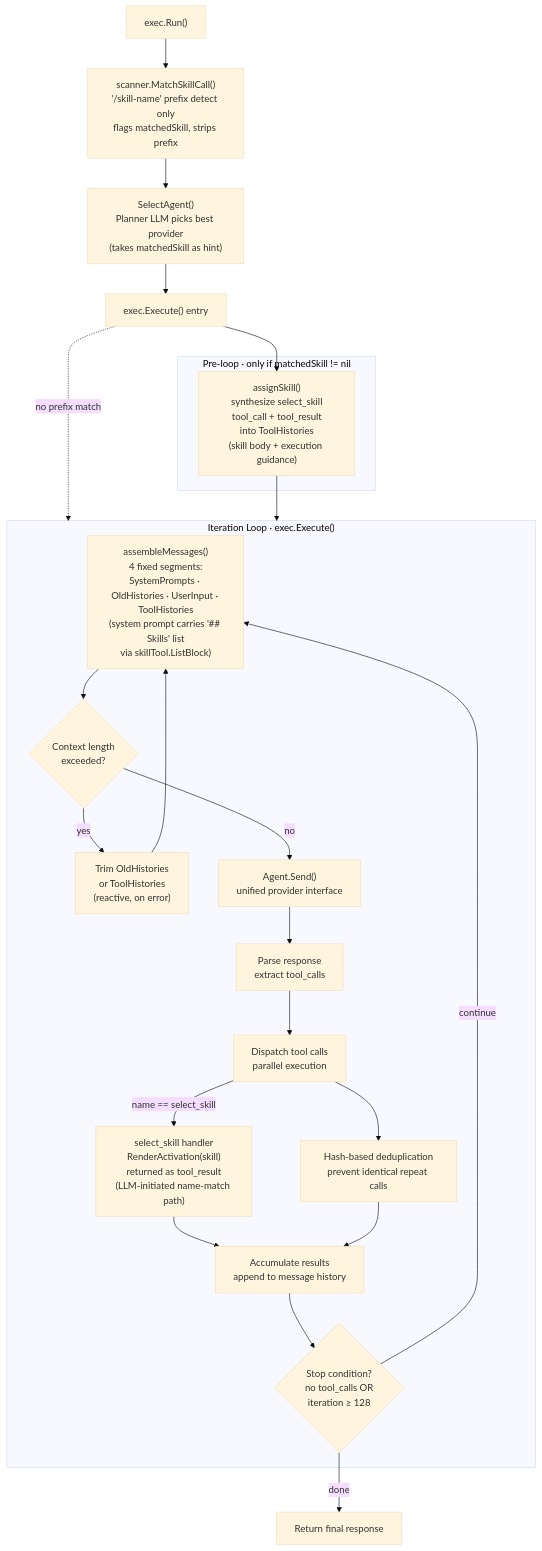
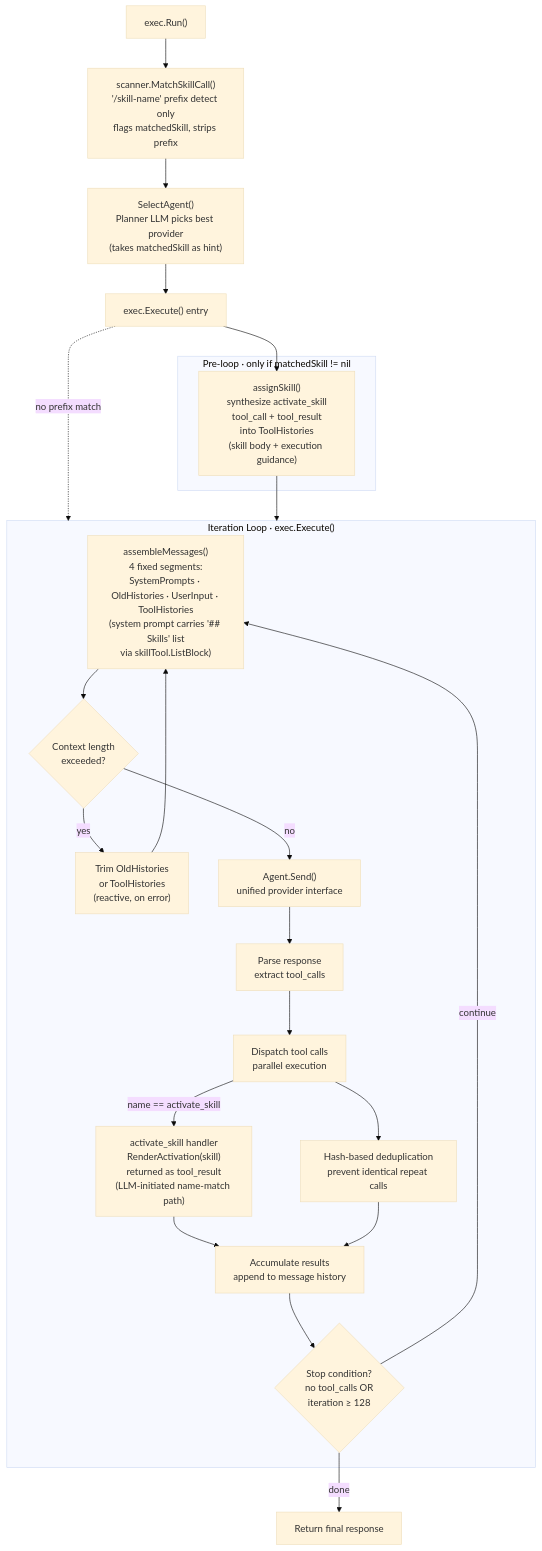
Before and after one commit to pardnchiu/Agenvoy: the second of 9 diagrams in doc/architecture.md, drawn with Mermaid (base theme). The commit also changed other lines of this file and 27 other files, not shown here.

````diff
--- a/doc/architecture.md
+++ b/doc/architecture.md
@@ -54,45 +54,45 @@
 ```mermaid
 flowchart TD
     Run["exec.Run()"]
     PrefixDetect["scanner.MatchSkillCall()\n'/skill-name' prefix detect only\nflags matchedSkill, strips prefix"]
     AgentScan["SelectAgent()\nPlanner LLM picks best provider\n(takes matchedSkill as hint)"]
     Enter["exec.Execute() entry"]
 
     subgraph Preseed ["Pre-loop · only if matchedSkill != nil"]
-        AssignSynth["assignSkill()\nsynthesize select_skill\ntool_call + tool_result\ninto ToolHistories\n(skill body + execution guidance)"]
+        AssignSynth["assignSkill()\nsynthesize activate_skill\ntool_call + tool_result\ninto ToolHistories\n(skill body + execution guidance)"]
     end
 
     subgraph Loop ["Iteration Loop · exec.Execute()"]
         Assemble["assembleMessages()\n4 fixed segments:\nSystemPrompts · OldHistories · UserInput · ToolHistories\n(system prompt carries '## Skills' list\nvia skillTool.ListBlock)"]
         ReactTrim{"Context length\nexceeded?"}
         TrimOld["Trim OldHistories\nor ToolHistories\n(reactive, on error)"]
         Send["Agent.Send()\nunified provider interface"]
         Parse["Parse response\nextract tool_calls"]
         Dispatch["Dispatch tool calls\nparallel execution"]
-        SkillToolCall["select_skill handler\nRenderActivation(skill)\nreturned as tool_result\n(LLM-initiated name-match path)"]
+        SkillToolCall["activate_skill handler\nRenderActivation(skill)\nreturned as tool_result\n(LLM-initiated name-match path)"]
         Dedup["Hash-based deduplication\nprevent identical repeat calls"]
         Accum["Accumulate results\nappend to message history"]
         Check{"Stop condition?\nno tool_calls OR\niteration ≥ 128"}
     end
 
     Done["Return final response"]
 
     Run --> PrefixDetect
     PrefixDetect --> AgentScan
     AgentScan --> Enter
     Enter --> AssignSynth
     Enter -.->|"no prefix match"| Loop
     AssignSynth --> Loop
     Assemble --> ReactTrim
     ReactTrim -->|"yes"| TrimOld --> Assemble
     ReactTrim -->|"no"| Send
     Send --> Parse
     Parse --> Dispatch
-    Dispatch -->|"name == select_skill"| SkillToolCall
+    Dispatch -->|"name == activate_skill"| SkillToolCall
     SkillToolCall --> Accum
     Dispatch --> Dedup
     Dedup --> Accum
     Accum --> Check
     Check -->|"continue"| Assemble
     Check -->|"done"| Done
 ```
````
